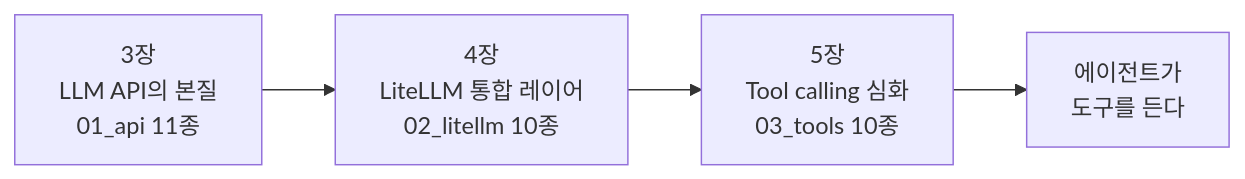
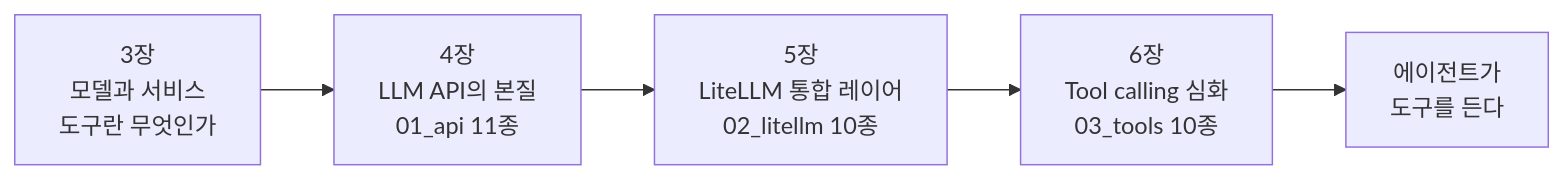
Before and after one commit to 2026-ai-service-engineering-a/ai_service_engineering-track_a: the first of 8 diagrams in site/src/content/slides/ko/session-05/index.mdx, drawn with Mermaid. The commit also changed other lines of this file, not shown here.

````diff
--- a/site/src/content/slides/ko/session-05/index.mdx
+++ b/site/src/content/slides/ko/session-05/index.mdx
@@ -149,6 +151,7 @@
 ```mermaid
 flowchart LR
-    A["3장<br/>LLM API의 본질<br/>01_api 11종"] --> B["4장<br/>LiteLLM 통합 레이어<br/>02_litellm 10종"]
-    B --> C["5장<br/>Tool calling 심화<br/>03_tools 10종"]
+    Z["3장<br/>모델과 서비스<br/>도구란 무엇인가"] --> A["4장<br/>LLM API의 본질<br/>01_api 11종"]
+    A --> B["5장<br/>LiteLLM 통합 레이어<br/>02_litellm 10종"]
+    B --> C["6장<br/>Tool calling 심화<br/>03_tools 10종"]
     C --> D["에이전트가<br/>도구를 든다"]
 ```
````
